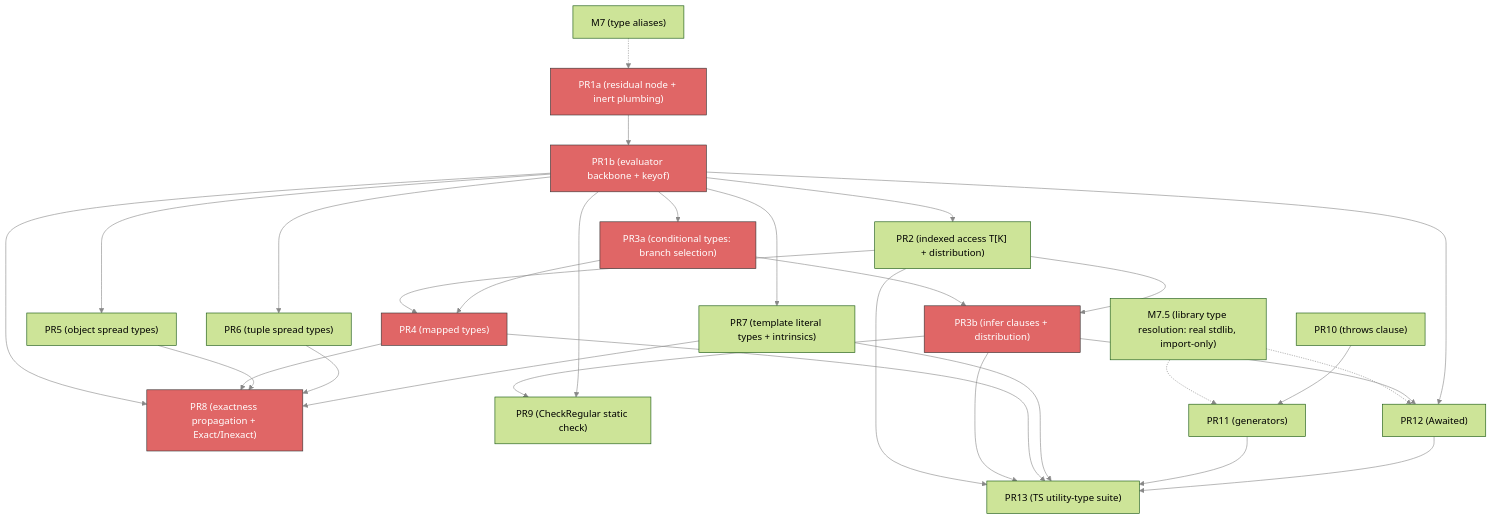
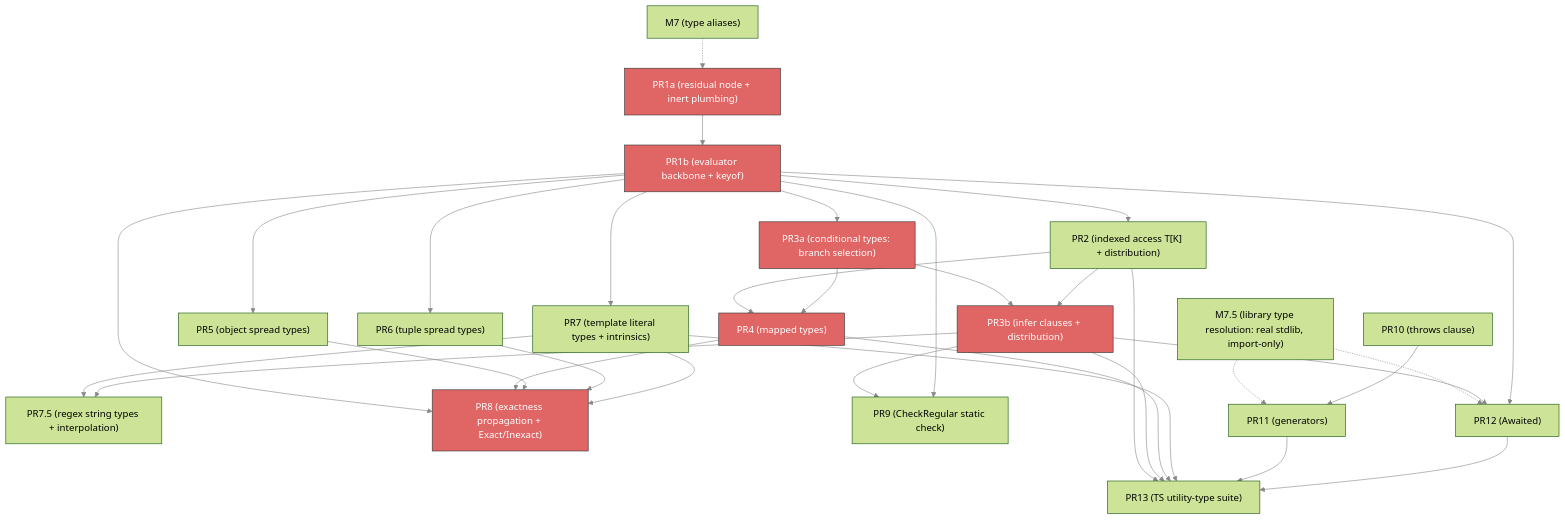
Before and after one commit to escalier-lang/escalier: the diagram in planning/simple_sub/m9-implementation-plan.md, drawn with Mermaid (forest theme). The commit also changed other lines of this file and 1 other file, not shown here.

First line of the commit message:
Add regex-checked string types to the M9 plan

````diff
--- a/planning/simple_sub/m9-implementation-plan.md
+++ b/planning/simple_sub/m9-implementation-plan.md
@@ -576,59 +682,62 @@
 ```mermaid
 graph TD
     M7["M7 (type aliases)"]
     M75["M7.5 (library type resolution: real stdlib, import-only)"]
     PR1a["PR1a (residual node + inert plumbing)"]
     PR1b["PR1b (evaluator backbone + keyof)"]
     PR2["PR2 (indexed access T[K] + distribution)"]
     PR3a["PR3a (conditional types: branch selection)"]
     PR3b["PR3b (infer clauses + distribution)"]
     PR4["PR4 (mapped types)"]
     PR5["PR5 (object spread types)"]
     PR6["PR6 (tuple spread types)"]
     PR7["PR7 (template literal types + intrinsics)"]
+    PR75["PR7.5 (regex string types + interpolation)"]
     PR8["PR8 (exactness propagation + Exact/Inexact)"]
     PR9["PR9 (CheckRegular static check)"]
     PR10["PR10 (throws clause)"]
     PR11["PR11 (generators)"]
     PR12["PR12 (Awaited<T>)"]
     PR13["PR13 (TS utility-type suite)"]
 
     M7 -.-> PR1a
     M75 -.-> PR11
     M75 -.-> PR12
 
     PR1a --> PR1b
     PR1b --> PR2
     PR1b --> PR3a
     PR1b --> PR5
     PR1b --> PR6
     PR1b --> PR7
     PR1b --> PR8
     PR3a --> PR3b
     PR2 --> PR3b
     PR2 --> PR4
     PR2 --> PR13
     PR3a --> PR4
+    PR7 --> PR75
+    PR3b --> PR75
     PR3b --> PR9
     PR1b --> PR9
     PR3b --> PR12
     PR1b --> PR12
     PR3b --> PR13
     PR4 --> PR8
     PR4 --> PR13
     PR5 --> PR8
     PR6 --> PR8
     PR7 --> PR8
     PR7 --> PR13
     PR10 --> PR11
     PR11 --> PR13
     PR12 --> PR13
 
     linkStyle default stroke:#888
     style PR1a fill:#e06666,stroke:#333,color:#fff
     style PR1b fill:#e06666,stroke:#333,color:#fff
     style PR3a fill:#e06666,stroke:#333,color:#fff
     style PR3b fill:#e06666,stroke:#333,color:#fff
     style PR4 fill:#e06666,stroke:#333,color:#fff
     style PR8 fill:#e06666,stroke:#333,color:#fff
 ```
````
